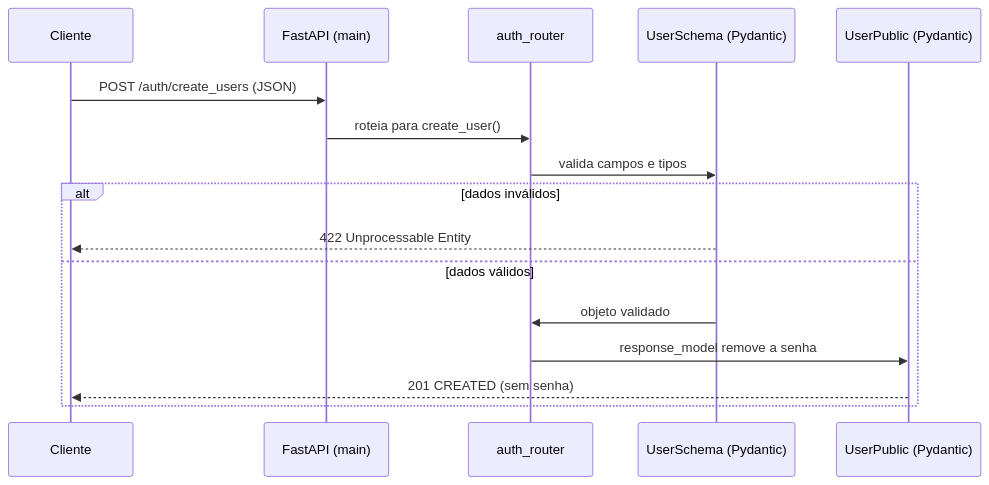
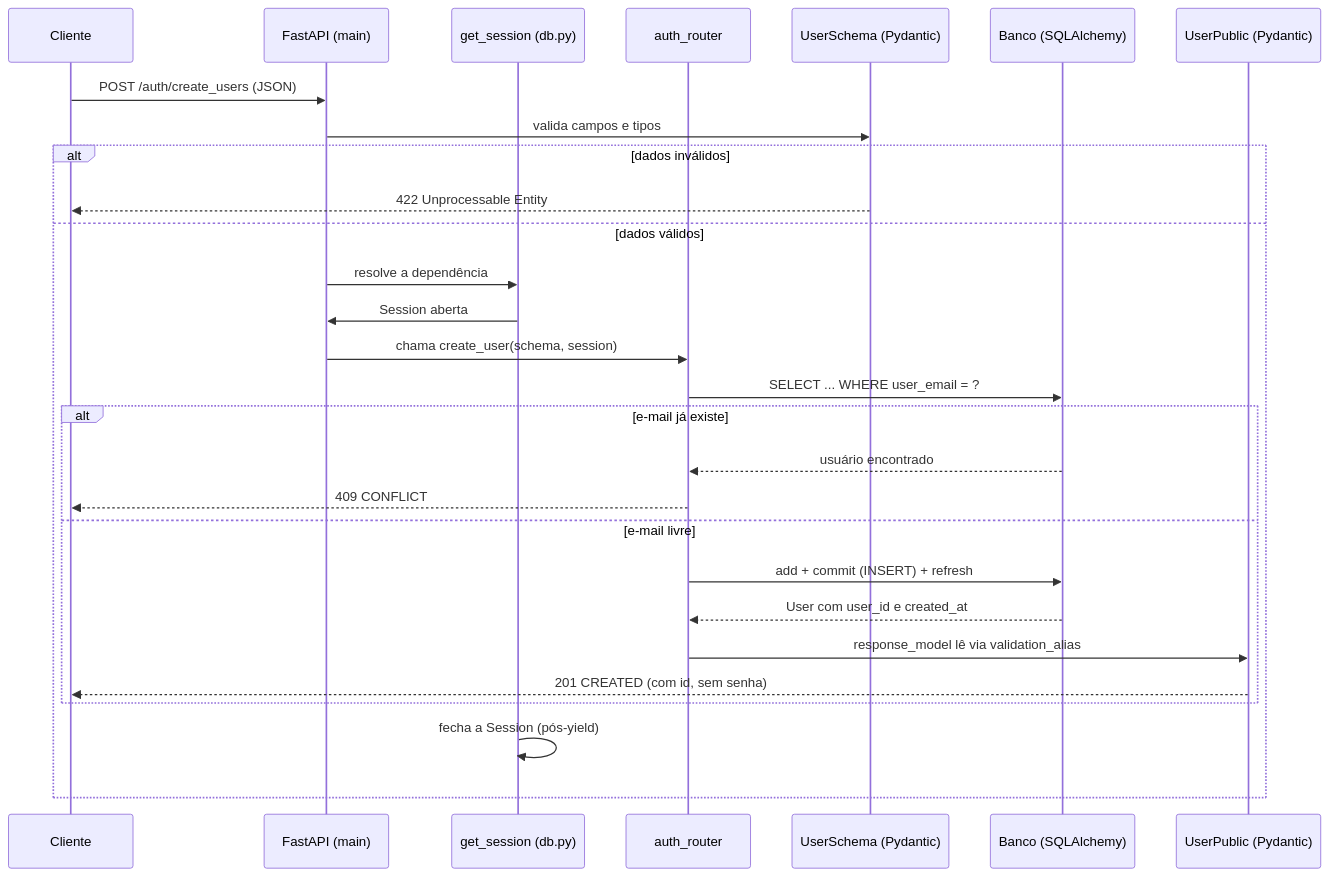
One commit to ViniciosMSantos/backend changed the third of 4 diagrams in docs/resumo-estudos.md. Above: the diagram before and after it, drawn with Mermaid. The commit also changed other lines of this file and 6 other files, not shown here.

First line of the commit message:
'feat: conecta rotas de usuário ao banco de dados

````diff
--- a/docs/resumo-estudos.md
+++ b/docs/resumo-estudos.md
@@ -374,19 +579,31 @@
 ```mermaid
 sequenceDiagram
     participant Cli as Cliente
     participant App as FastAPI (main)
+    participant Dep as get_session (db.py)
     participant Rt as auth_router
     participant In as UserSchema (Pydantic)
+    participant DB as Banco (SQLAlchemy)
     participant Out as UserPublic (Pydantic)
 
     Cli->>App: POST /auth/create_users (JSON)
-    App->>Rt: roteia para create_user()
-    Rt->>In: valida campos e tipos
+    App->>In: valida campos e tipos
     alt dados inválidos
         In-->>Cli: 422 Unprocessable Entity
     else dados válidos
-        In->>Rt: objeto validado
-        Rt->>Out: response_model remove a senha
-        Out-->>Cli: 201 CREATED (sem senha)
+        App->>Dep: resolve a dependência
+        Dep->>App: Session aberta
+        App->>Rt: chama create_user(schema, session)
+        Rt->>DB: SELECT ... WHERE user_email = ?
+        alt e-mail já existe
+            DB-->>Rt: usuário encontrado
+            Rt-->>Cli: 409 CONFLICT
+        else e-mail livre
+            Rt->>DB: add + commit (INSERT) + refresh
+            DB-->>Rt: User com user_id e created_at
+            Rt->>Out: response_model lê via validation_alias
+            Out-->>Cli: 201 CREATED (com id, sem senha)
+        end
+        Dep->>Dep: fecha a Session (pós-yield)
     end
 ```
````
